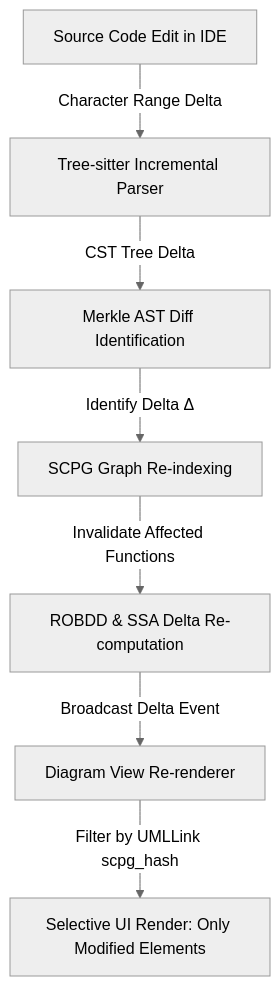
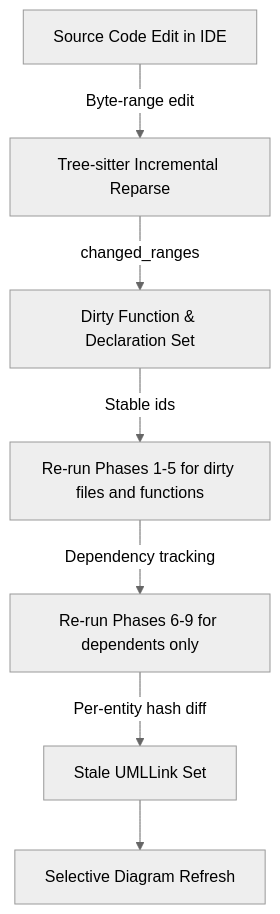
The second of 2 diagrams in docs/traceability_and_incremental.md (AhmadHassan-BTed/OpenHeart), drawn with Mermaid (neutral theme) before and after one commit. The commit also changed other lines of this file and 434 other files, not shown here.

````diff
--- a/docs/traceability_and_incremental.md
+++ b/docs/traceability_and_incremental.md
@@ -43,9 +91,9 @@
 ```mermaid
 graph TD
-    A[Source Code Edit in IDE] -->|Character Range Delta| B[Tree-sitter Incremental Parser]
-    B -->|CST Tree Delta| C[Merkle AST Diff Identification]
-    C -->|Identify Delta Δ| D[SCPG Graph Re-indexing]
-    D -->|Invalidate Affected Functions| E[ROBDD & SSA Delta Re-computation]
-    E -->|Broadcast Delta Event| F[Diagram View Re-renderer]
-    F -->|Filter by UMLLink scpg_hash| G[Selective UI Render: Only Modified Elements]
+    A[Source Code Edit in IDE] -->|Byte-range edit| B[Tree-sitter Incremental Reparse]
+    B -->|changed_ranges| C[Dirty Function & Declaration Set]
+    C -->|Stable ids| D[Re-run Phases 1-5 for dirty files and functions]
+    D -->|Dependency tracking| E[Re-run Phases 6-9 for dependents only]
+    E -->|Per-entity hash diff| F[Stale UMLLink Set]
+    F --> G[Selective Diagram Refresh]
 ```
````
